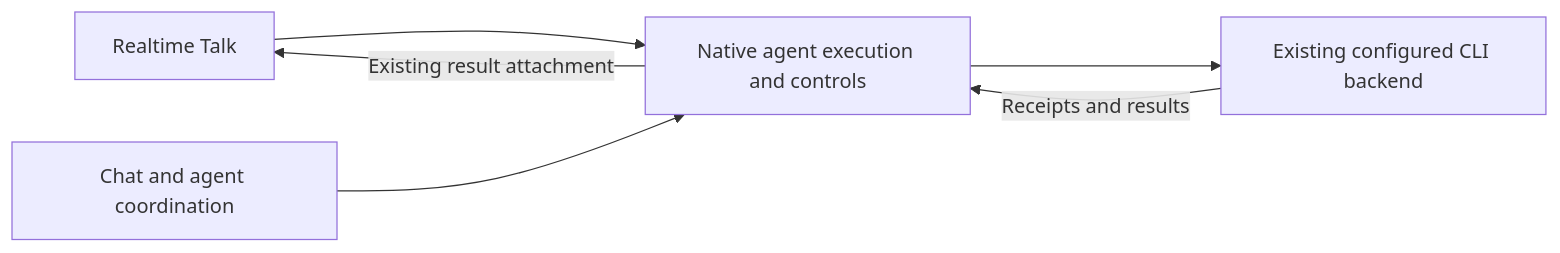
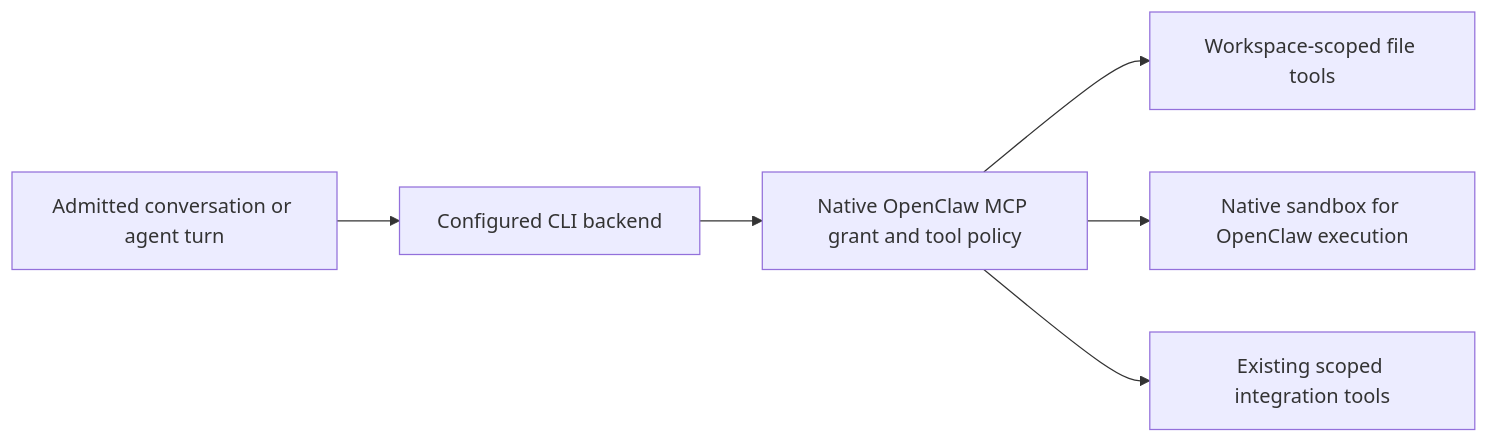
One commit to coletaylor788/puddles changed the second of 2 diagrams in docs/plans/voice-consultation-through-agent-turn.md. Above: the diagram before and after it, drawn with Mermaid. The commit also changed other lines of this file, not shown here.

Commit message:
Redraft stable upgrade around native CLI behavior

````diff
--- a/docs/plans/voice-consultation-through-agent-turn.md
+++ b/docs/plans/voice-consultation-through-agent-turn.md
@@ -21,8 +54,8 @@
 ```mermaid
 flowchart LR
-  T[Realtime Talk] --> O[Native agent execution and controls]
-  C[Chat and agent coordination] --> O
-  O --> CLI[Existing configured CLI backend]
-  CLI -->|Receipts and results| O
-  O -->|Existing result attachment| T
+  A[Admitted conversation or agent turn] --> C[Configured CLI backend]
+  C --> M[Native OpenClaw MCP grant and tool policy]
+  M --> F[Workspace-scoped file tools]
+  M --> X[Native sandbox for OpenClaw execution]
+  M --> I[Existing scoped integration tools]
 ```
````
